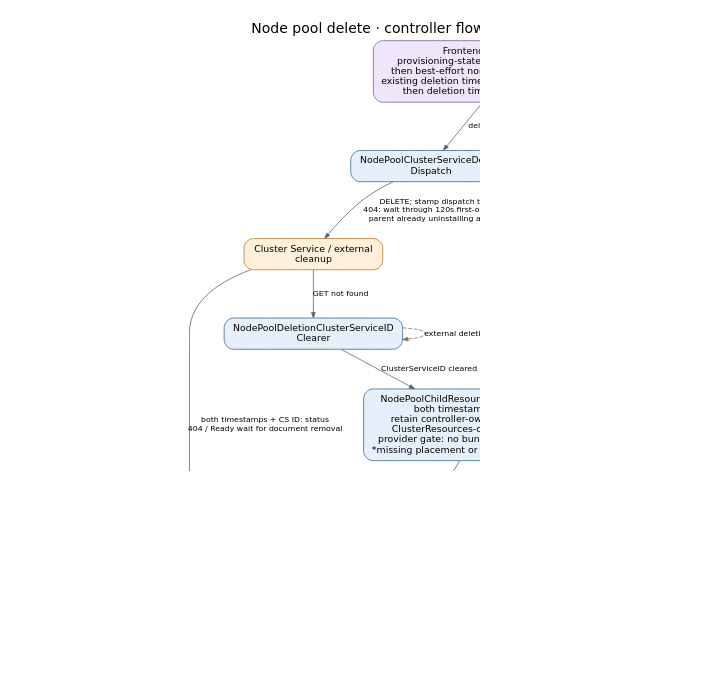
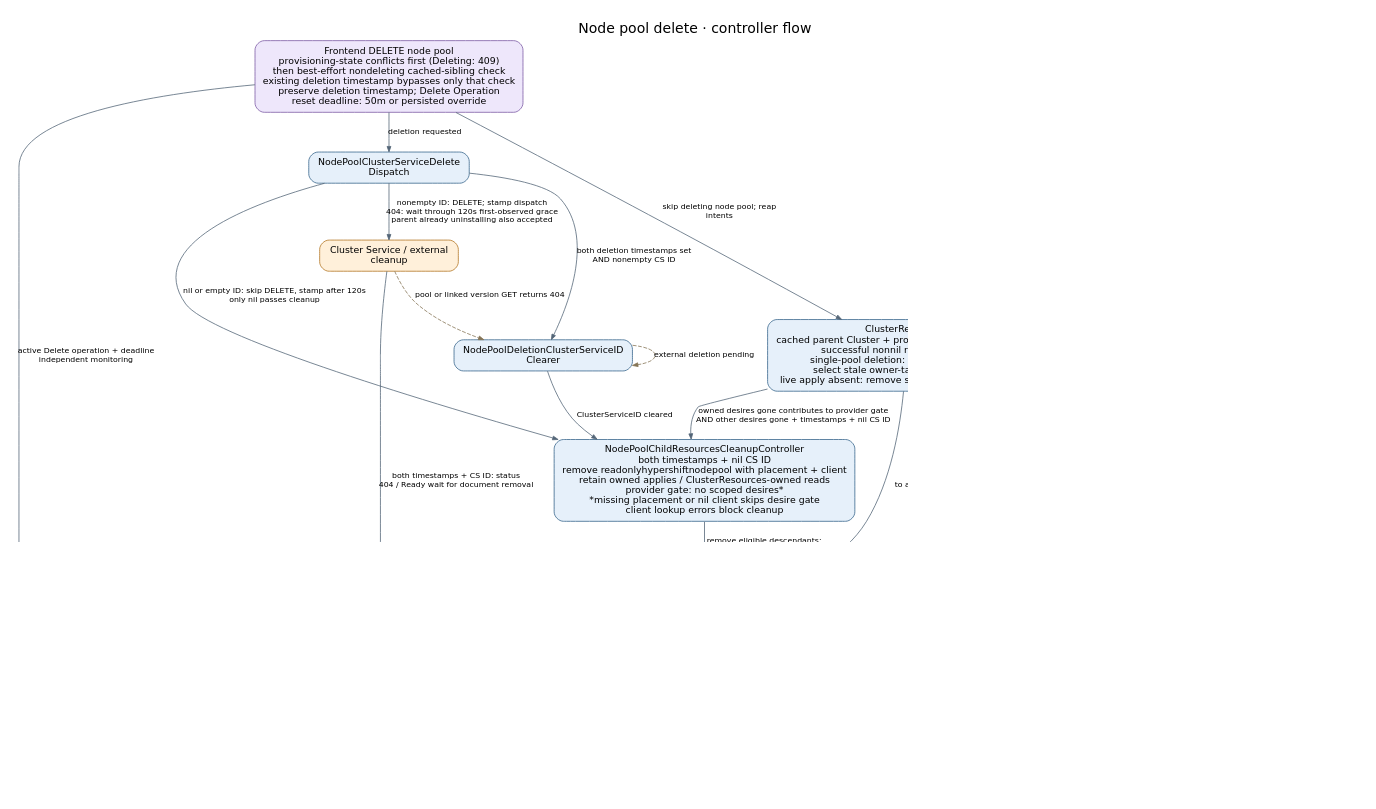
Before and after one commit to Azure/ARO-HCP: the diagram in docs/generated/diagrams/controller-flows/nodepool-delete.dot, drawn with Graphviz. The commit also changed 48 other files, not shown here.

Commit message:
docs: sync the service-provider controller flow reference

```diff
--- a/docs/generated/diagrams/controller-flows/nodepool-delete.dot
+++ b/docs/generated/diagrams/controller-flows/nodepool-delete.dot
@@ -1,27 +1,37 @@
 digraph nodepool_delete {
   graph [rankdir=TB, bgcolor="white", pad="0.3", nodesep="0.4", ranksep="0.55", fontname="DejaVu Sans", fontsize=18, labelloc=t, label="Node pool delete · controller flow", dpi=110];
   node [shape=box, style="rounded,filled", fillcolor="#e6f0fa", color="#35648a", fontname="DejaVu Sans", fontsize=12, margin="0.16,0.10"];
   edge [color="#536577", fontname="DejaVu Sans", fontsize=10, arrowsize=0.7];
-  api [label="Frontend DELETE node pool\nprovisioning-state conflicts first (Deleting: 409)\nthen best-effort nondeleting cached-sibling check\nexisting deletion timestamp bypasses only that check\nthen deletion timestamp + Delete Operation", fillcolor="#eee7fb", color="#7b59a4"];
+  api [label="Frontend DELETE node pool\nprovisioning-state conflicts first (Deleting: 409)\nthen best-effort nondeleting cached-sibling check\nexisting deletion timestamp bypasses only that check\npreserve deletion timestamp; Delete Operation\nreset deadline: 50m or persisted override", fillcolor="#eee7fb", color="#7b59a4"];
   dispatch [label="NodePoolClusterServiceDelete\nDispatch", fillcolor="#e6f0fa", color="#35648a"];
   cs [label="Cluster Service / external \ncleanup", fillcolor="#fff0da", color="#b27624"];
   clear [label="NodePoolDeletionClusterServiceID\nClearer", fillcolor="#e6f0fa", color="#35648a"];
-  resources [label="ClusterResources", fillcolor="#e6f0fa", color="#35648a"];
-  cleanup [label="NodePoolChildResourcesCleanupController\nboth timestamps + nil CS ID\nretain controller-owned ApplyDesires /\nClusterResources-owned ReadDesires\nprovider gate: no bundles / scoped desires*\n*missing placement or client skips desire gate", fillcolor="#e6f0fa", color="#35648a"];
-  final [label="NodePoolDeletionController\nno ApplyDesires* / bundles / non-controller children\n*missing parent placement bypasses desire checks;\nknown placement without client waits here", fillcolor="#e6f0fa", color="#35648a"];
-  op [label="OperationNodePoolDelete\nno local delete deadline", fillcolor="#e6f0fa", color="#35648a"];
+  resources [label="ClusterResources\ncached parent Cluster + provider + placement + CS ID\nsuccessful nonnil resource response\nsingle-pool deletion: omit pool manifests\nselect stale owner-tagged ApplyDesires\nlive apply absent: remove same-name read if present", fillcolor="#e6f0fa", color="#35648a"];
+  apply [label="ApplyDesireController\nexecute explicit Delete intent\npoll while target still exists", fillcolor="#e6f0fa", color="#35648a"];
+  kube [label="Management-cluster Kubernetes\nobject deletion / finalizers", fillcolor="#fff0da", color="#b27624"];
+  cleanup [label="NodePoolChildResourcesCleanupController\nboth timestamps + nil CS ID\nremove readonlyhypershiftnodepool with placement + client\nretain owned applies / ClusterResources-owned reads\nprovider gate: no scoped desires*\n*missing placement or nil client skips desire gate\nclient lookup errors block cleanup", fillcolor="#e6f0fa", color="#35648a"];
+  final [label="NodePoolDeletionController\nboth timestamps AND nil CS ID\nno ApplyDesires* / non-controller children\n*missing parent placement bypasses desire checks;\nknown placement with nil client waits here\nclient lookup errors block deletion", fillcolor="#e6f0fa", color="#35648a"];
+  op [label="OperationNodePoolDelete\nmatching owner while resource exists;\n50m default delete deadline before CS guards", fillcolor="#e6f0fa", color="#35648a"];
   done [label="ARM Delete Operation Succeeded", fillcolor="#e4f2e5", color="#4c8053"];
-  failed [label="ARM Delete Operation Failed\nInternalServerError + CS message", fillcolor="#fbe4e4", color="#9b4d4d"];
+  failed [label="ARM Delete Operation Failed\ndeadline: DeadlineExceeded\nCS failure: InternalServerError + message", fillcolor="#fbe4e4", color="#9b4d4d"];
+  api -> op [label="active Delete operation + deadline\nindependent monitoring"];
   api -> dispatch [label="deletion requested"];
   api -> resources [label="skip deleting node pool; reap\nintents"];
-  dispatch -> cs [label="DELETE; stamp dispatch timestamp\n404: wait through 120s first-observed grace\nparent already uninstalling also accepted"];
-  dispatch -> cleanup [label="nil ID: stamp after 120s first-observed grace\n(empty nonnil ID does not pass cleanup)"];
-  cs -> clear [label="GET not found"];
+  resources -> apply [label="Type=Delete; clear apply payload\nand prior status conditions"];
+  apply -> kube [label="GET target; DELETE if needed"];
+  kube -> apply [label="target absent: SuccessfullyDeleted=True", style=dashed, color="#857456"];
+  apply -> resources [label="observe SuccessfullyDeleted=True;\npurge apply; remove same-name read if present", style=dashed, color="#857456", constraint=false];
+  resources -> cleanup [label="owned desires gone contributes to provider gate\nAND other desires gone + timestamps + nil CS ID"];
+  resources -> final [label="owned ApplyDesires gone contributes\nto all-ApplyDesires gate when placement known"];
+  dispatch -> cs [label="nonempty ID: DELETE; stamp dispatch\n404: wait through 120s first-observed grace\nparent already uninstalling also accepted"];
+  dispatch -> cleanup [label="nil or empty ID: skip DELETE, stamp after 120s\nonly nil passes cleanup"];
+  dispatch -> clear [label="both deletion timestamps set\nAND nonempty CS ID"];
+  cs -> clear [label="pool or linked version GET returns 404", style=dashed, color="#857456"];
   clear -> cleanup [label="ClusterServiceID cleared"];
   cleanup -> final [label="remove eligible descendants;\nController documents excluded"];
   cs -> op [label="both timestamps + CS ID: status\n404 / Ready wait for document removal"];
-  op -> failed [label="CS Error / RecoverableError"];
+  op -> failed [label="CS Error / RecoverableError\nor remaining document past deadline"];
   final -> op [label="node-pool document deleted"];
-  op -> done [label="absence observed"];
+  op -> done [label="target 404: idempotent delete + child cleanup\nthen record Succeeded"];
   clear -> clear [label="external deletion pending", style=dashed, color="#857456", constraint=false];
 }
```
